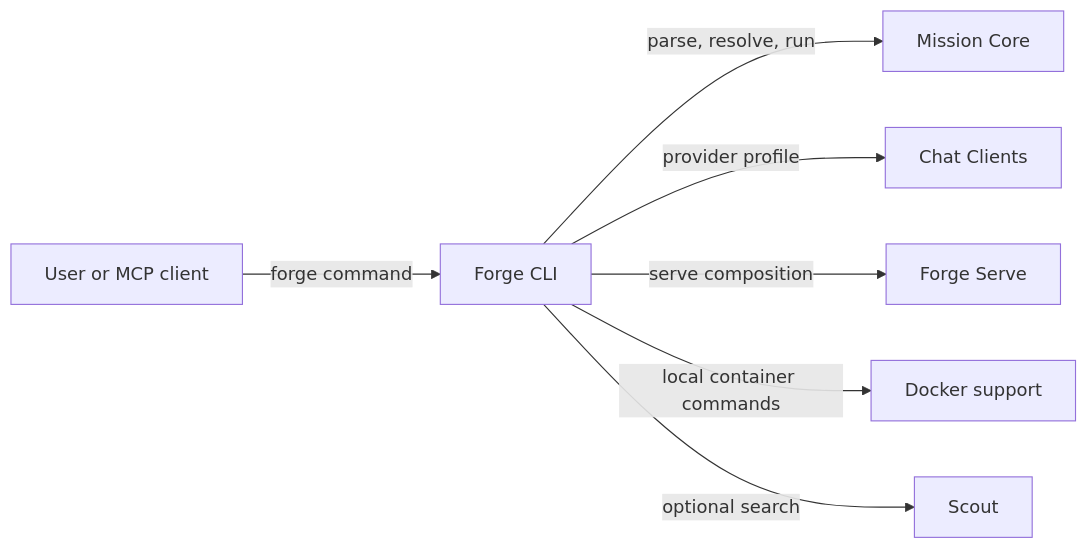
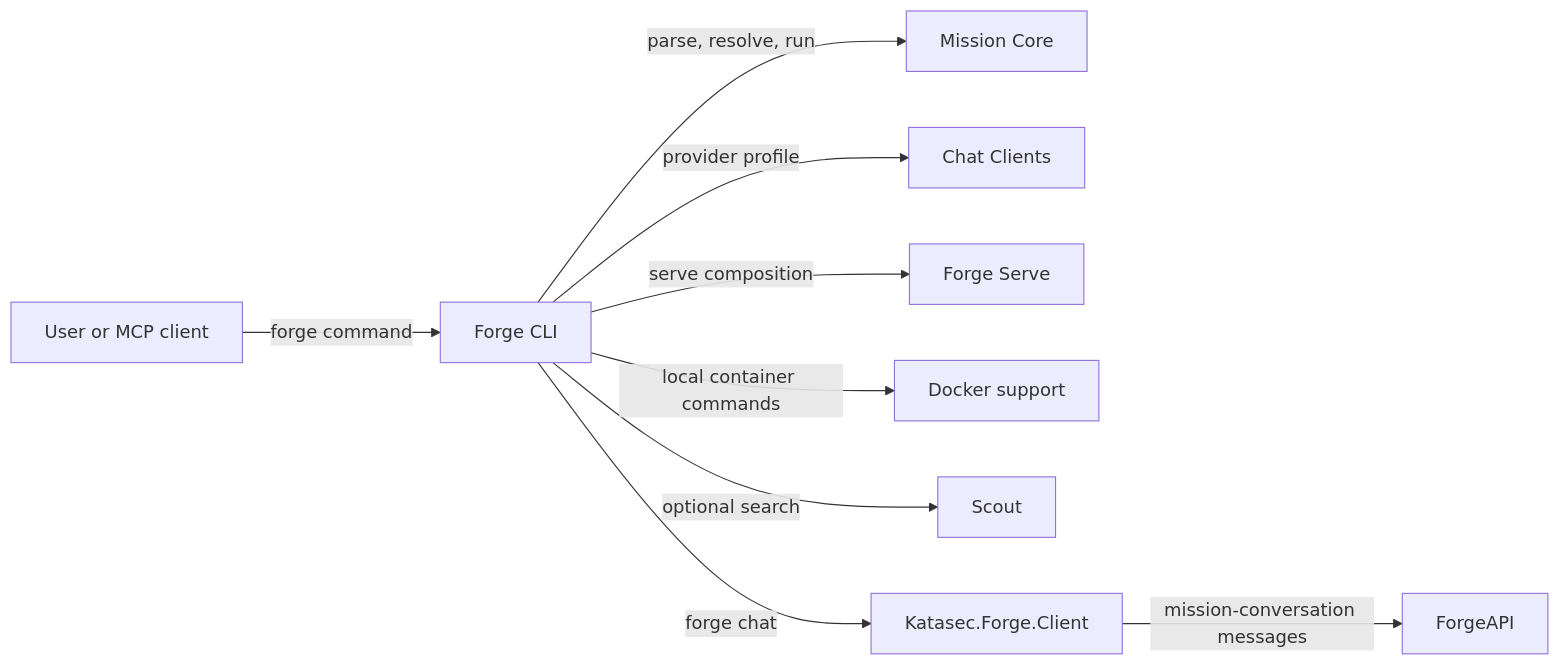
The diagram in src/ForgeMission.Cli/README.md (katasec/forge-mcl), drawn with Mermaid before and after one commit. The commit also changed other lines of this file and 5 other files, not shown here.

First line of the commit message:
forge chat: plain chat with Janus through Katasec.Forge.Client 0.2.0

````diff
--- a/src/ForgeMission.Cli/README.md
+++ b/src/ForgeMission.Cli/README.md
@@ -42,9 +44,11 @@
 ```mermaid
 flowchart LR
   User[User or MCP client] -->|forge command| CLI[Forge CLI]
   CLI -->|parse, resolve, run| Core[Mission Core]
   CLI -->|provider profile| Clients[Chat Clients]
   CLI -->|serve composition| Serve[Forge Serve]
   CLI -->|local container commands| Docker[Docker support]
   CLI -->|optional search| Scout[Scout]
+  CLI -->|forge chat| Client[Katasec.Forge.Client]
+  Client -->|mission-conversation messages| ForgeApi[ForgeAPI]
 ```
````
